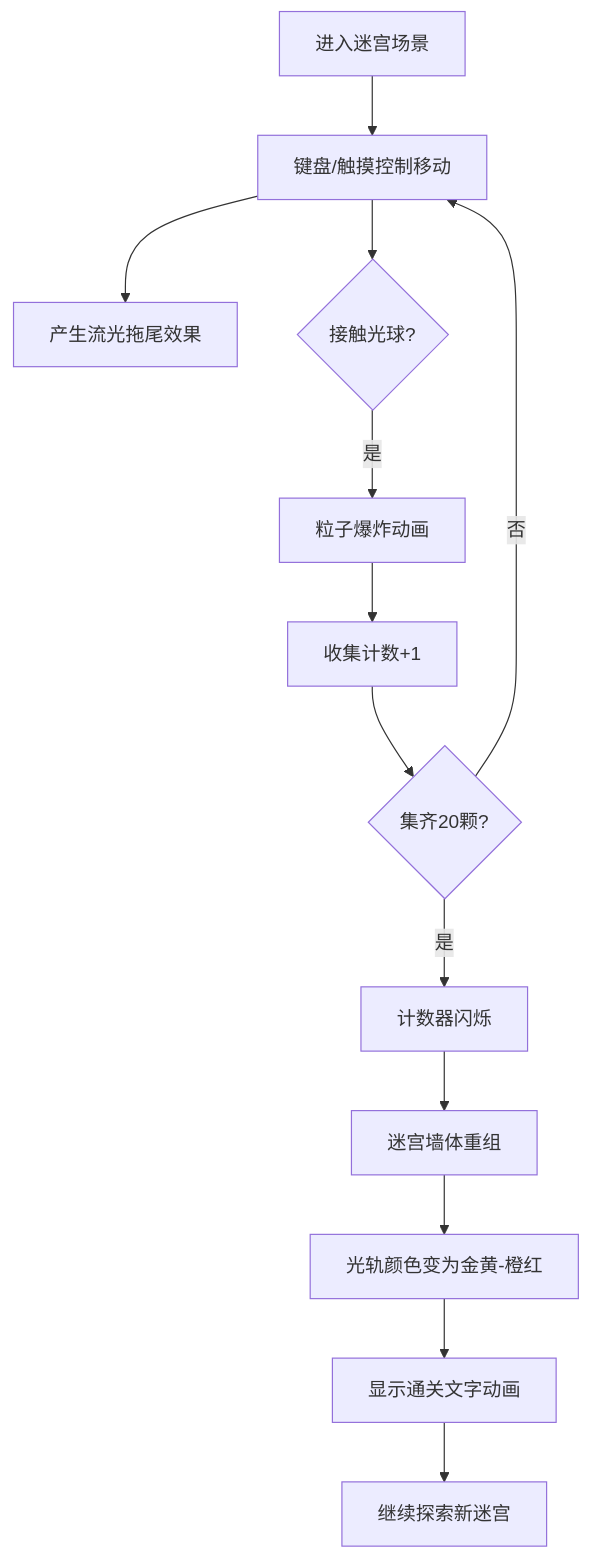
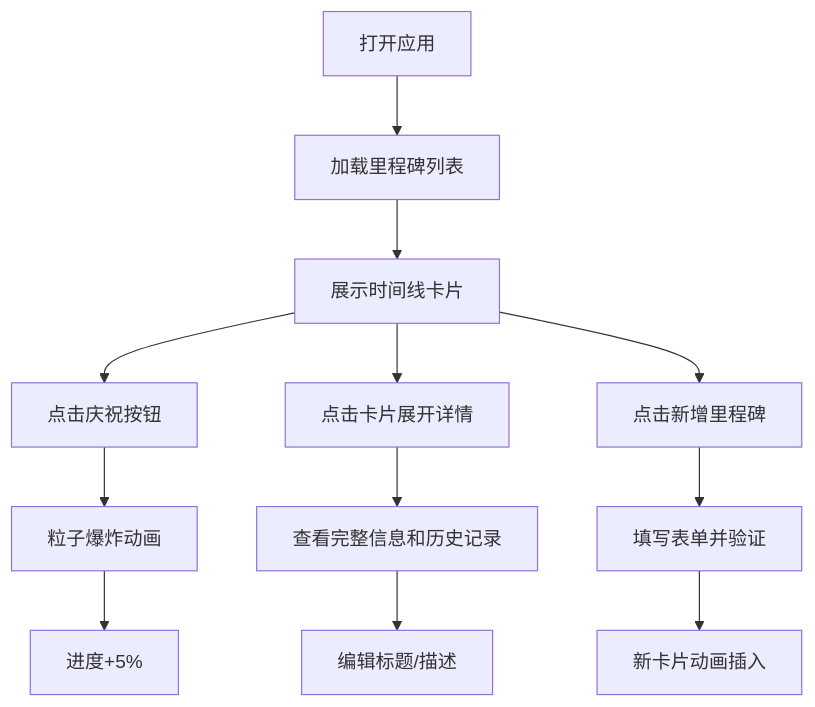
Before and after one commit to NUDT-ZSL/Solo: the diagram in cp2_6.11_auto32/.trae/documents/PRD.md, drawn with Mermaid. The commit also changed other lines of this file and 37 other files, not shown here.

````diff
--- a/cp2_6.11_auto32/.trae/documents/PRD.md
+++ b/cp2_6.11_auto32/.trae/documents/PRD.md
@@ -34,15 +31,14 @@
 ```mermaid
 flowchart TD
-    A["进入迷宫场景"] --> B["键盘/触摸控制移动"]
-    B --> C["产生流光拖尾效果"]
-    B --> D{"接触光球?"}
-    D -->|是| E["粒子爆炸动画"]
-    E --> F["收集计数+1"]
-    F --> G{"集齐20颗?"}
-    G -->|否| B
-    G -->|是| H["计数器闪烁"]
-    H --> I["迷宫墙体重组"]
-    I --> J["光轨颜色变为金黄-橙红"]
-    J --> K["显示通关文字动画"]
-    K --> L["继续探索新迷宫"]
+    A["打开应用"] --> B["加载里程碑列表"]
+    B --> C["展示时间线卡片"]
+    C --> D["点击庆祝按钮"]
+    C --> E["点击卡片展开详情"]
+    C --> F["点击新增里程碑"]
+    D --> G["粒子爆炸动画"]
+    G --> H["进度+5%"]
+    E --> I["查看完整信息和历史记录"]
+    I --> J["编辑标题/描述"]
+    F --> K["填写表单并验证"]
+    K --> L["新卡片动画插入"]
 ```
````
